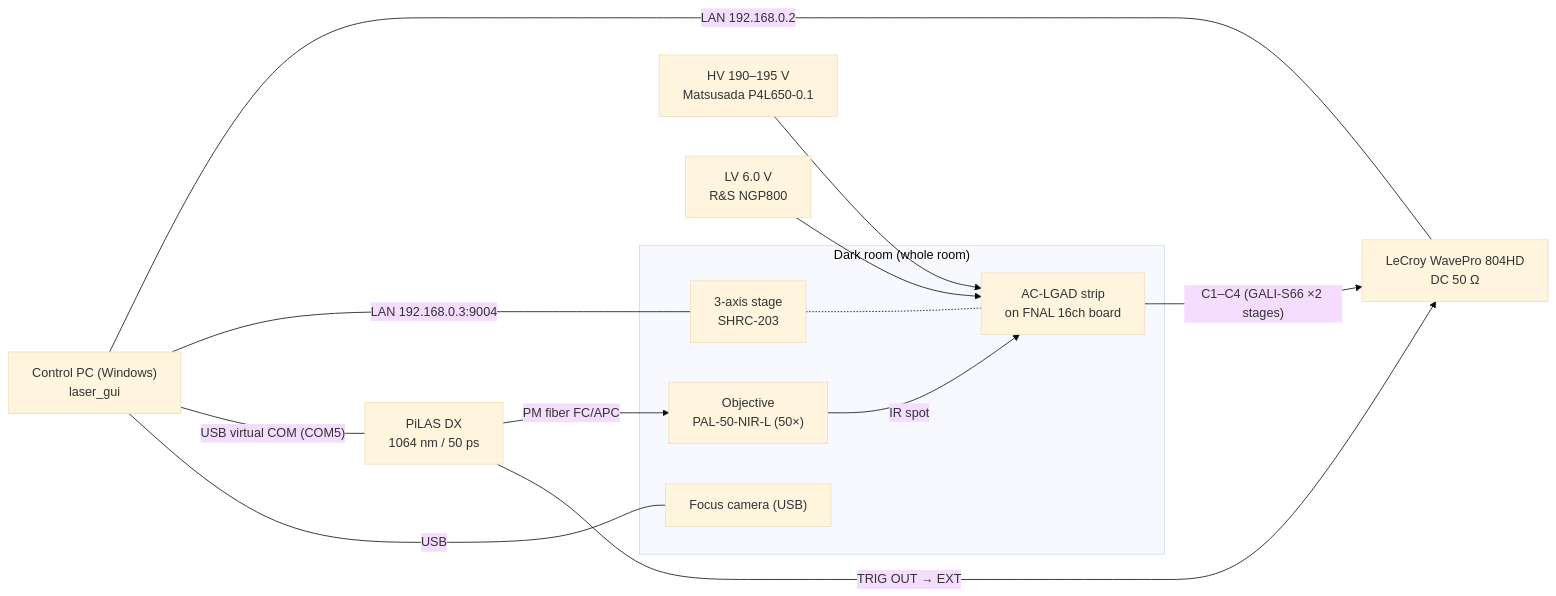
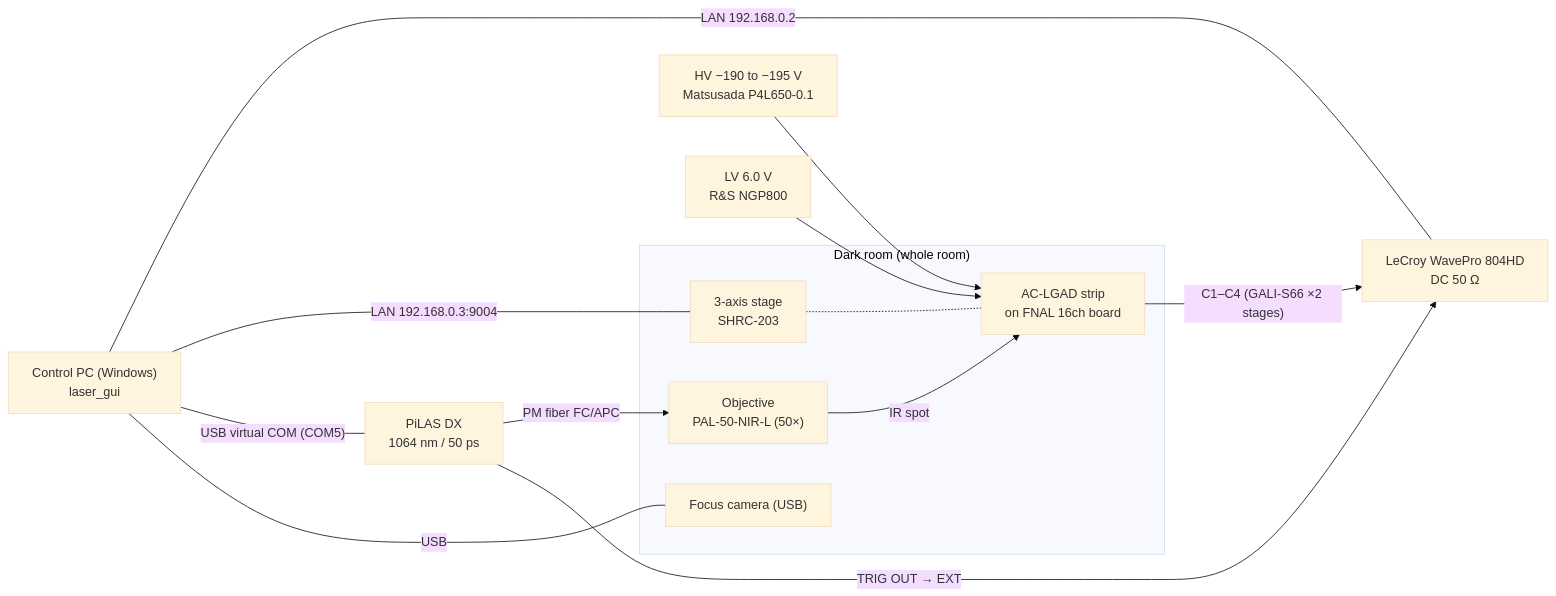
The diagram in docs/en/setup/hardware.md (Kanato-M/Hiroshima-TCT-wiki), drawn with Mermaid (base theme) before and after one commit. The commit also changed other lines of this file and 21 other files, not shown here.

````diff
--- a/docs/en/setup/hardware.md
+++ b/docs/en/setup/hardware.md
@@ -10,21 +10,21 @@
 ```mermaid
 flowchart LR
     subgraph DARK["Dark room (whole room)"]
         OBJ["Objective<br/>PAL-50-NIR-L (50×)"]
         DUT["AC-LGAD strip<br/>on FNAL 16ch board"]
         STG["3-axis stage<br/>SHRC-203"]
         CAM["Focus camera (USB)"]
     end
     LAS["PiLAS DX<br/>1064 nm / 50 ps"] -->|PM fiber FC/APC| OBJ
     OBJ -->|IR spot| DUT
     STG -.- DUT
     DUT -->|"C1–C4 (GALI-S66 ×2 stages)"| OSC["LeCroy WavePro 804HD<br/>DC 50 Ω"]
     LAS -->|TRIG OUT → EXT| OSC
-    HV["HV 190–195 V<br/>Matsusada P4L650-0.1"] --> DUT
+    HV["HV −190 to −195 V<br/>Matsusada P4L650-0.1"] --> DUT
     LV["LV 6.0 V<br/>R&S NGP800"] --> DUT
     PC["Control PC (Windows)<br/>laser_gui"]
     PC ---|"LAN 192.168.0.2"| OSC
     PC ---|"LAN 192.168.0.3:9004"| STG
     PC ---|"USB virtual COM (COM5)"| LAS
     PC ---|USB| CAM
 ```
````
